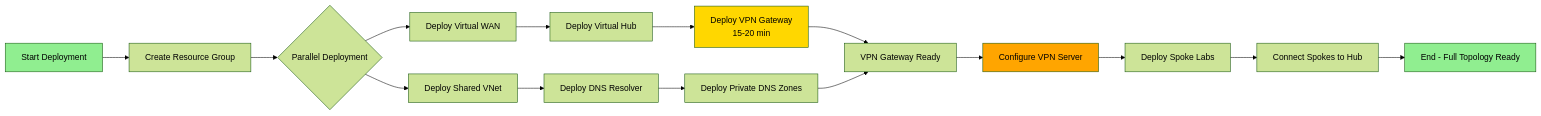
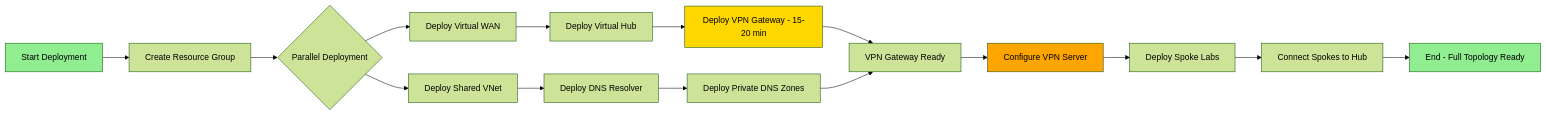
Before and after one commit to acworkma/AI-Lab: the second of 2 diagrams in docs/core-infrastructure/architecture-diagram.md, drawn with Mermaid (forest theme). The commit also changed other lines of this file and 21 other files, not shown here.

````diff
--- a/docs/core-infrastructure/architecture-diagram.md
+++ b/docs/core-infrastructure/architecture-diagram.md
@@ -100,22 +100,22 @@
 ```mermaid
 graph LR
-    A[Start Deployment] --> B[Create Resource Group]
-    B --> C{Parallel Deployment}
-    C --> D[Deploy Virtual WAN]
-    C --> E[Deploy Shared VNet]
-    D --> F[Deploy Virtual Hub]
-    E --> G[Deploy DNS Resolver]
-    F --> H[Deploy VPN Gateway<br/>15-20 min]
-    G --> I[Deploy Private DNS Zones]
-    H --> J[VPN Gateway Ready]
+    A["Start Deployment"] --> B["Create Resource Group"]
+    B --> C{"Parallel Deployment"}
+    C --> D["Deploy Virtual WAN"]
+    C --> E["Deploy Shared VNet"]
+    D --> F["Deploy Virtual Hub"]
+    E --> G["Deploy DNS Resolver"]
+    F --> H["Deploy VPN Gateway - 15-20 min"]
+    G --> I["Deploy Private DNS Zones"]
+    H --> J["VPN Gateway Ready"]
     I --> J
-    J --> K[Configure VPN Server]
-    K --> L[Deploy Spoke Labs]
-    L --> M[Connect Spokes to Hub]
-    M --> N[End - Full Topology Ready]
+    J --> K["Configure VPN Server"]
+    K --> L["Deploy Spoke Labs"]
+    L --> M["Connect Spokes to Hub"]
+    M --> N["End - Full Topology Ready"]
     
     style A fill:#90EE90
     style N fill:#90EE90
     style H fill:#FFD700
     style K fill:#FFA500
 ```
````
